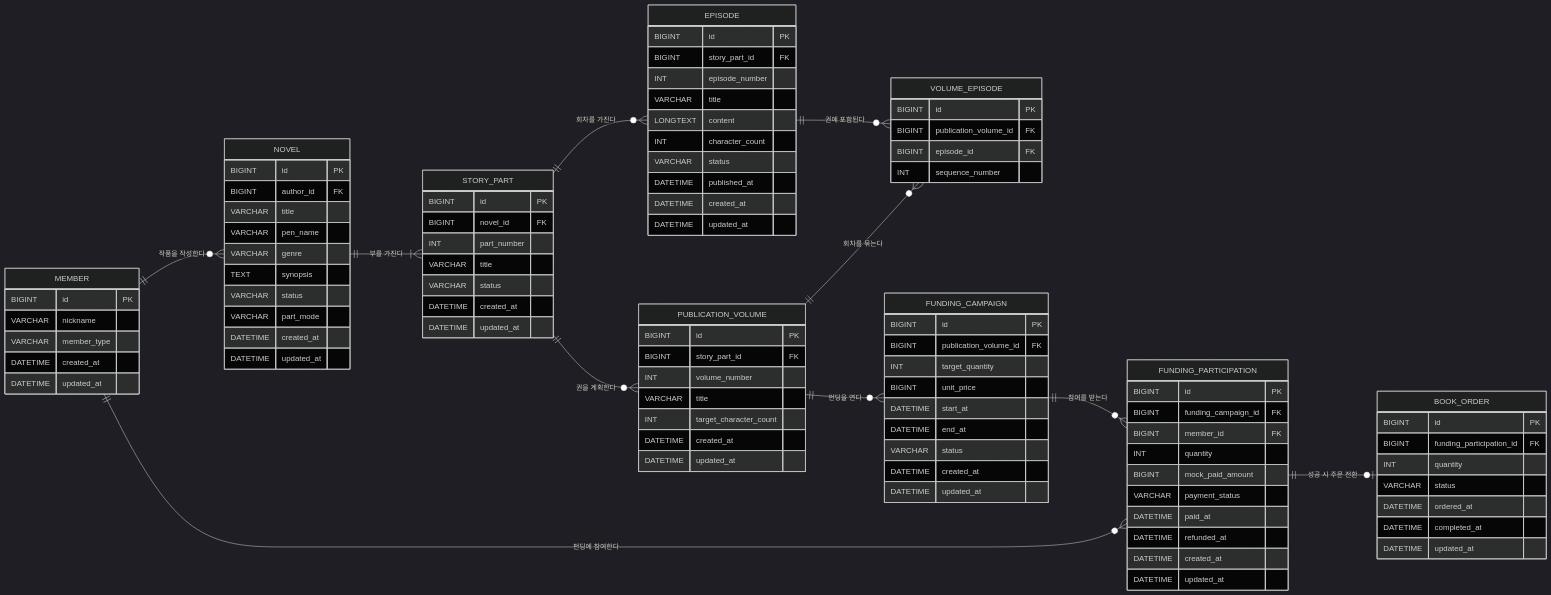
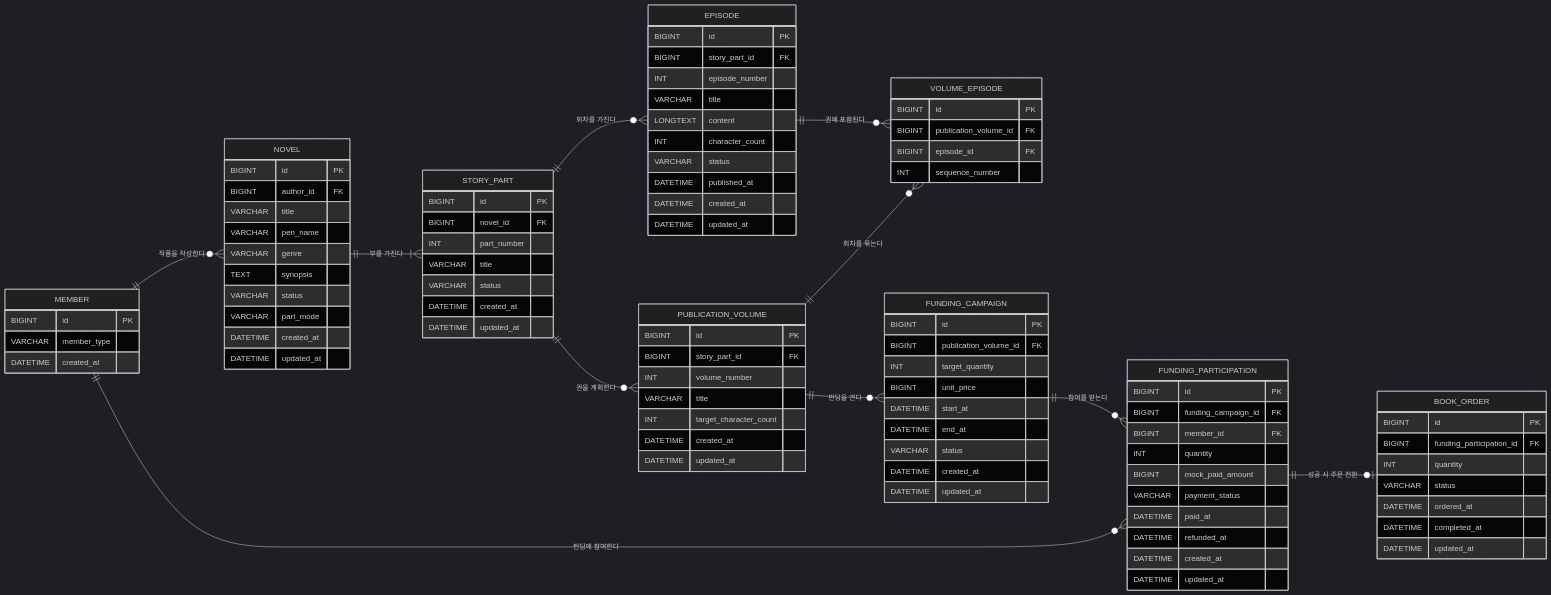
One commit to 021Skyfall/novelkeep changed the diagram in docs/04_데이터_모델_ERD.md. Above: the diagram before and after it, drawn with Mermaid (dark theme). The commit also changed other lines of this file and 21 other files, not shown here.

```diff
--- a/docs/04_데이터_모델_ERD.md
+++ b/docs/04_데이터_모델_ERD.md
@@ -33,10 +35,8 @@
 
     MEMBER {
         BIGINT id PK
-        VARCHAR nickname
         VARCHAR member_type
         DATETIME created_at
-        DATETIME updated_at
     }
 
     NOVEL {
```
